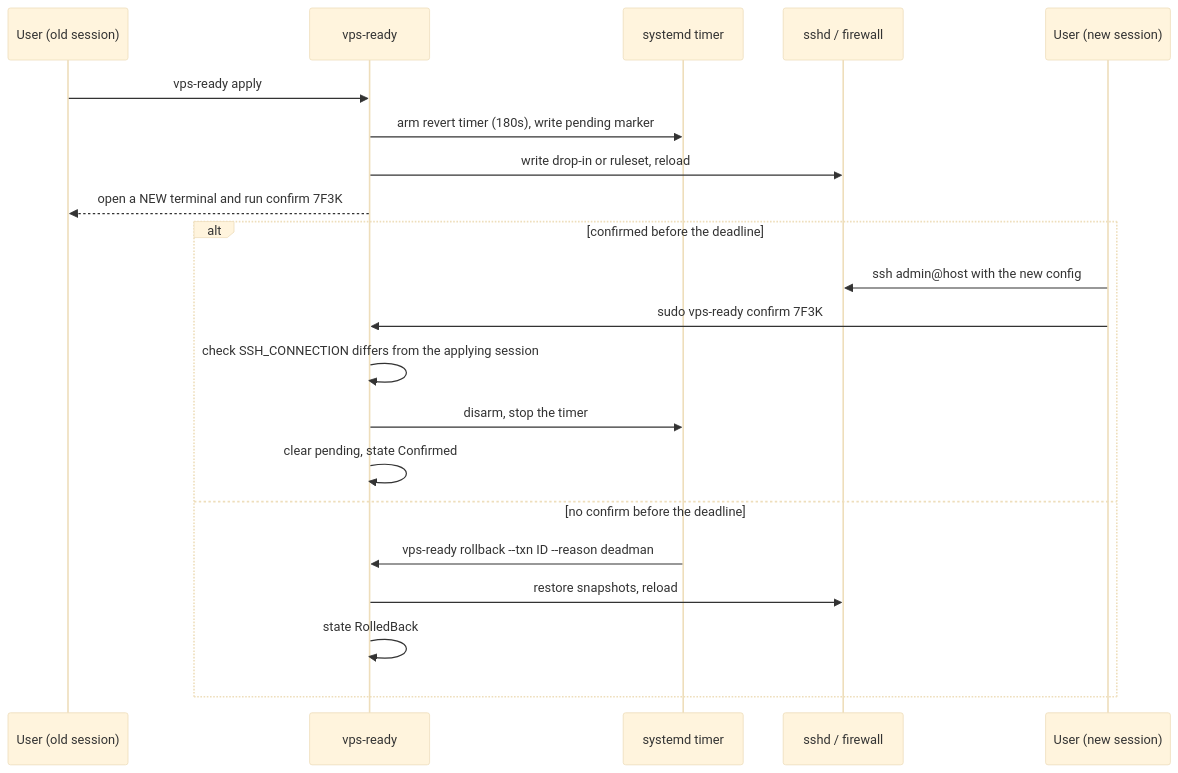
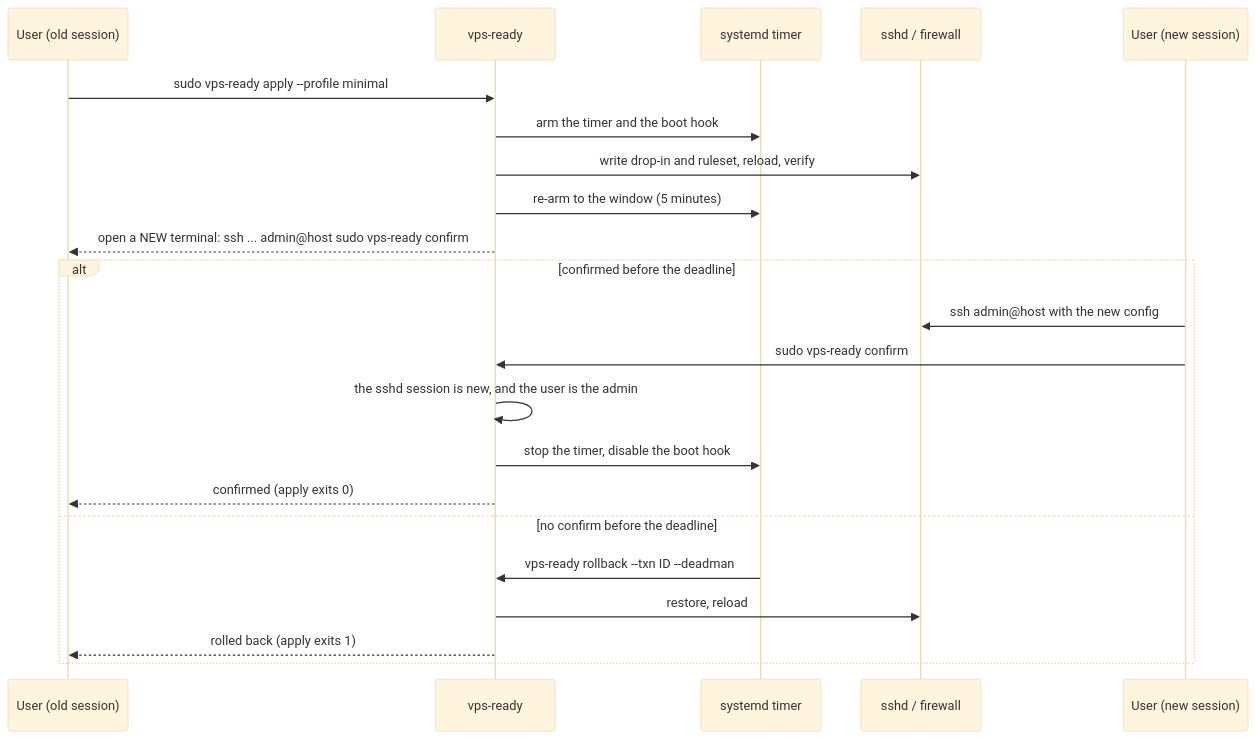
The third of 3 diagrams in docs/architecture.md (bhimrazy/vps-ready), drawn with Mermaid (base theme) before and after one commit. The commit also changed other lines of this file and 6 other files, not shown here.

````diff
--- a/docs/architecture.md
+++ b/docs/architecture.md
@@ -218,23 +247,24 @@
 ```mermaid
 sequenceDiagram
   participant Old as User (old session)
   participant V as vps-ready
   participant T as systemd timer
   participant S as sshd / firewall
   participant New as User (new session)
-  Old->>V: vps-ready apply
-  V->>T: arm revert timer (180s), write pending marker
-  V->>S: write drop-in or ruleset, reload
-  V-->>Old: open a NEW terminal and run confirm 7F3K
+  Old->>V: sudo vps-ready apply --profile minimal
+  V->>T: arm the timer and the boot hook
+  V->>S: write drop-in and ruleset, reload, verify
+  V->>T: re-arm to the window (5 minutes)
+  V-->>Old: open a NEW terminal: ssh ... admin@host sudo vps-ready confirm
   alt confirmed before the deadline
     New->>S: ssh admin@host with the new config
-    New->>V: sudo vps-ready confirm 7F3K
-    V->>V: check SSH_CONNECTION differs from the applying session
-    V->>T: disarm, stop the timer
-    V->>V: clear pending, state Confirmed
+    New->>V: sudo vps-ready confirm
+    V->>V: the sshd session is new, and the user is the admin
+    V->>T: stop the timer, disable the boot hook
+    V-->>Old: confirmed (apply exits 0)
   else no confirm before the deadline
-    T->>V: vps-ready rollback --txn ID --reason deadman
-    V->>S: restore snapshots, reload
-    V->>V: state RolledBack
+    T->>V: vps-ready rollback --txn ID --deadman
+    V->>S: restore, reload
+    V-->>Old: rolled back (apply exits 1)
   end
 ```
````
